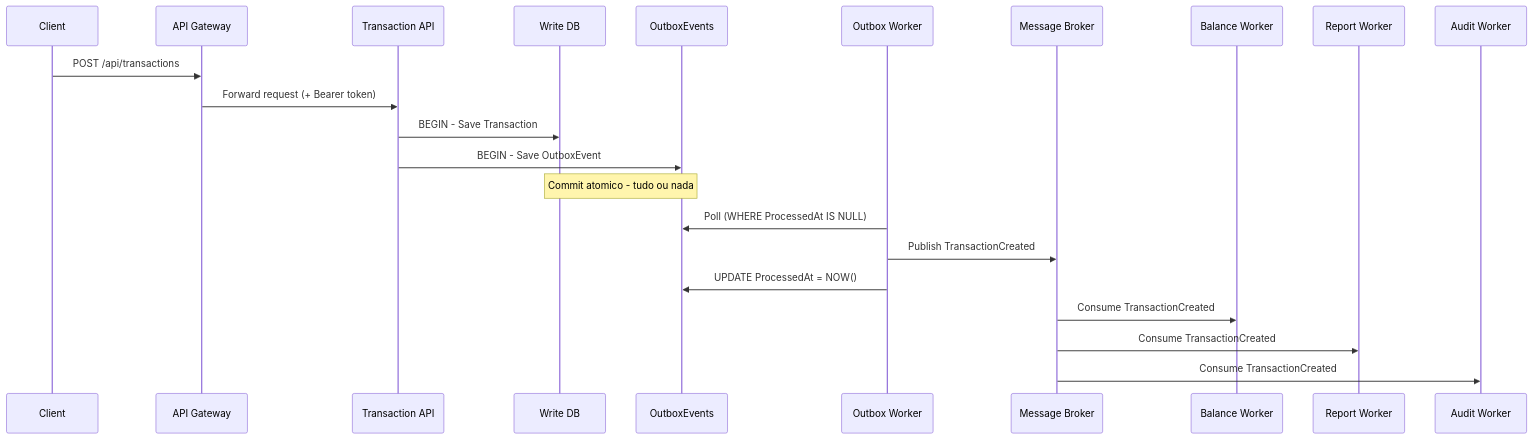
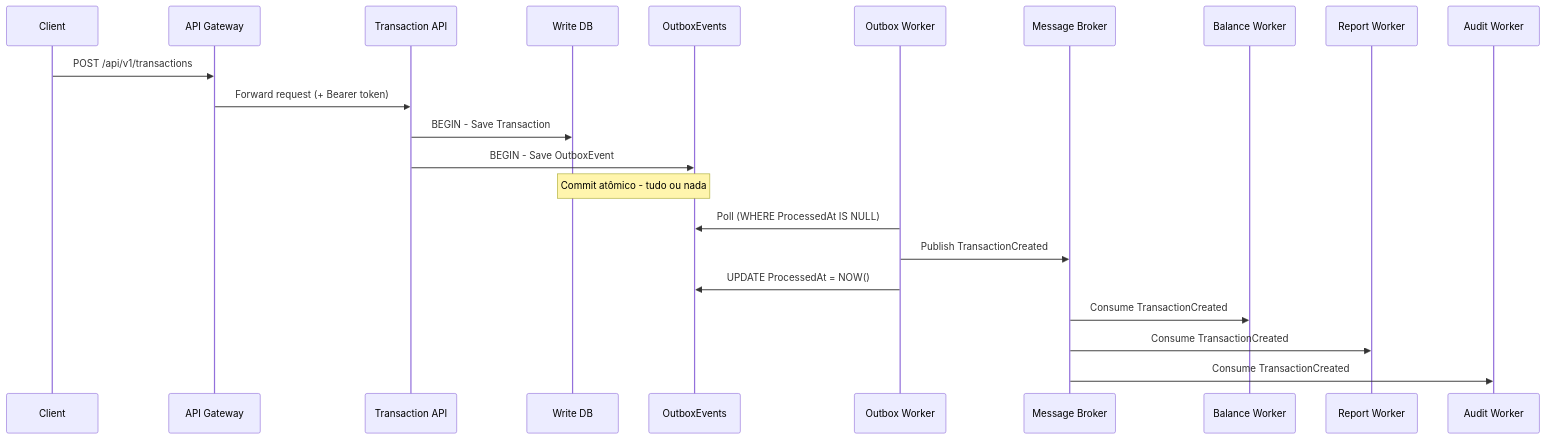
The fifth of 5 diagrams in README.md (antonio-leonardo/Cashflow), drawn with Mermaid before and after one commit. The commit also changed other lines of this file and 54 other files, not shown here.

````diff
--- a/README.md
+++ b/README.md
@@ -285,25 +290,25 @@
 ```mermaid
 sequenceDiagram
   participant C  as Client
   participant G  as API Gateway
   participant T  as Transaction API
   participant W  as Write DB
   participant O  as OutboxEvents
   participant OW as Outbox Worker
   participant MB as Message Broker
   participant BW as Balance Worker
   participant RW as Report Worker
   participant AW as Audit Worker
 
-  C->>G: POST /api/transactions
+  C->>G: POST /api/v1/transactions
   G->>T: Forward request (+ Bearer token)
   T->>W: BEGIN - Save Transaction
   T->>O: BEGIN - Save OutboxEvent
-  Note over W,O: Commit atomico - tudo ou nada
+  Note over W,O: Commit atômico - tudo ou nada
   OW->>O: Poll (WHERE ProcessedAt IS NULL)
   OW->>MB: Publish TransactionCreated
   OW->>O: UPDATE ProcessedAt = NOW()
   MB->>BW: Consume TransactionCreated
   MB->>RW: Consume TransactionCreated
   MB->>AW: Consume TransactionCreated
 ```
````
